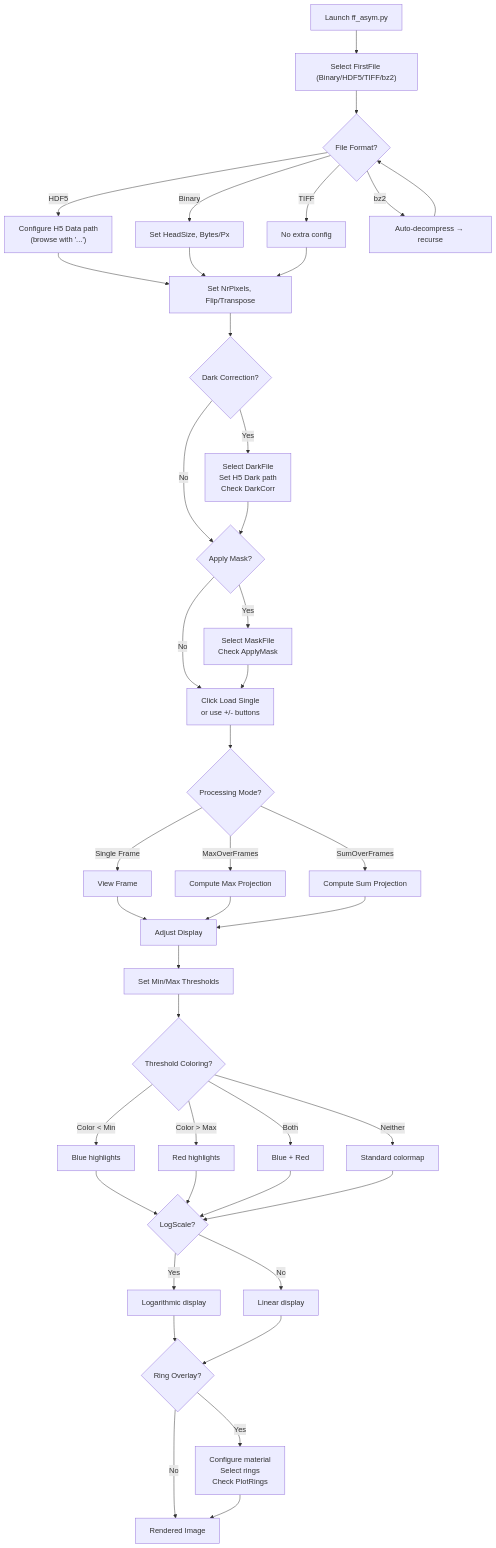
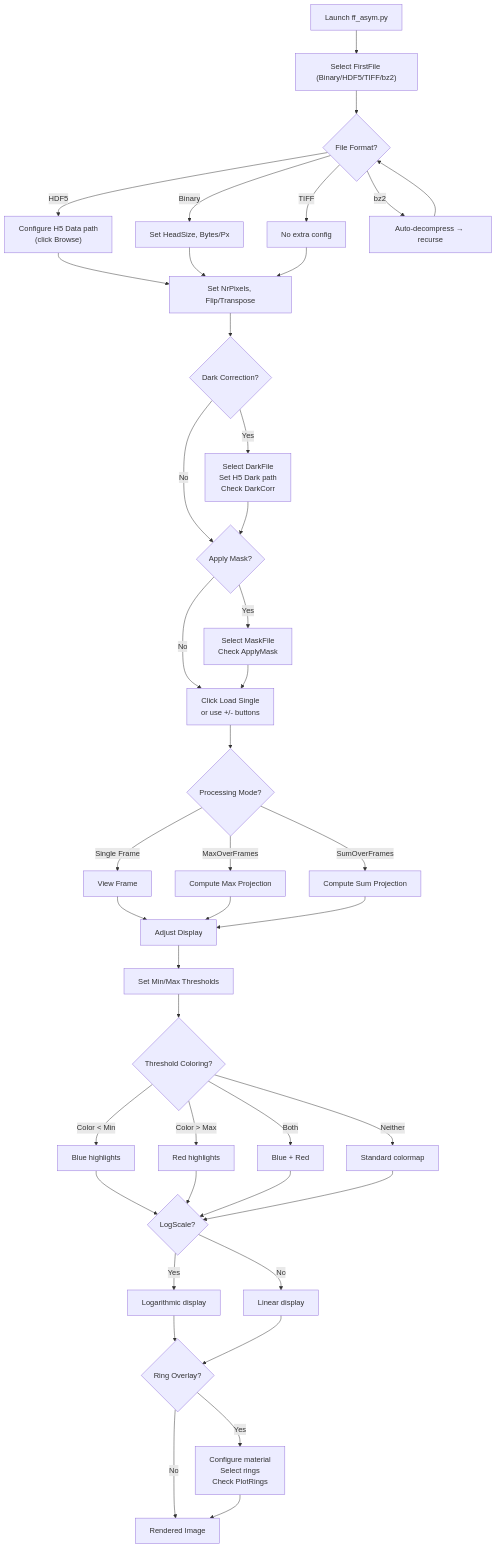
One commit to marinerhemant/MIDAS changed the third of 3 diagrams in manuals/FF_visualization.md. Above: the diagram before and after it, drawn with Mermaid. The commit also changed other lines of this file and 1 other file, not shown here.

````diff
--- a/manuals/FF_visualization.md
+++ b/manuals/FF_visualization.md
@@ -311,55 +366,55 @@
 ```mermaid
 flowchart TD
     START["Launch ff_asym.py"] --> LOAD["Select FirstFile (Binary/HDF5/TIFF/bz2)"]
     
     LOAD --> FORMAT{"File Format?"}
-    FORMAT --> |"HDF5"| H5CFG["Configure H5 Data path\n(browse with '...')"]
+    FORMAT --> |"HDF5"| H5CFG["Configure H5 Data path<br/>(click Browse)"]
     FORMAT --> |"Binary"| BINCFG["Set HeadSize, Bytes/Px"]
     FORMAT --> |"TIFF"| TIFCFG["No extra config"]
     FORMAT --> |"bz2"| BZ2["Auto-decompress → recurse"]
     
     H5CFG --> IMGCFG
     BINCFG --> IMGCFG
     TIFCFG --> IMGCFG
     BZ2 --> FORMAT
     
     IMGCFG["Set NrPixels, Flip/Transpose"] --> DARKQ{"Dark Correction?"}
-    DARKQ --> |"Yes"| DARKSEL["Select DarkFile\nSet H5 Dark path\nCheck DarkCorr"]
+    DARKQ --> |"Yes"| DARKSEL["Select DarkFile<br/>Set H5 Dark path<br/>Check DarkCorr"]
     DARKQ --> |"No"| MASKQ
     DARKSEL --> MASKQ
     
-    MASKQ{"Apply Mask?"} --> |"Yes"| MASKCFG["Select MaskFile\nCheck ApplyMask"]
+    MASKQ{"Apply Mask?"} --> |"Yes"| MASKCFG["Select MaskFile<br/>Check ApplyMask"]
     MASKQ --> |"No"| DISPLAY
     MASKCFG --> DISPLAY
     
-    DISPLAY["Click Load Single\nor use +/- buttons"] --> PROC{"Processing Mode?"}
+    DISPLAY["Click Load Single<br/>or use +/- buttons"] --> PROC{"Processing Mode?"}
     PROC --> |"Single Frame"| VIEW["View Frame"]
     PROC --> |"MaxOverFrames"| MAXPROC["Compute Max Projection"]
     PROC --> |"SumOverFrames"| SUMPROC["Compute Sum Projection"]
     
     VIEW --> ENHANCE
     MAXPROC --> ENHANCE
     SUMPROC --> ENHANCE
     
     ENHANCE["Adjust Display"] --> THRESH["Set Min/Max Thresholds"]
     THRESH --> COLOR{"Threshold Coloring?"}
     COLOR --> |"Color < Min"| BLUE["Blue highlights"]
     COLOR --> |"Color > Max"| RED["Red highlights"]
     COLOR --> |"Both"| BOTH["Blue + Red"]
     COLOR --> |"Neither"| PLAIN["Standard colormap"]
     
     BLUE --> LOG
     RED --> LOG
     BOTH --> LOG
     PLAIN --> LOG
     
     LOG{"LogScale?"} --> |"Yes"| LOGVIEW["Logarithmic display"]
     LOG --> |"No"| LINVIEW["Linear display"]
     
     LOGVIEW --> RINGS
     LINVIEW --> RINGS
     
-    RINGS{"Ring Overlay?"} --> |"Yes"| RINGCFG["Configure material\nSelect rings\nCheck PlotRings"]
+    RINGS{"Ring Overlay?"} --> |"Yes"| RINGCFG["Configure material<br/>Select rings<br/>Check PlotRings"]
     RINGS --> |"No"| DONE["Rendered Image"]
     RINGCFG --> DONE
 ```
````
